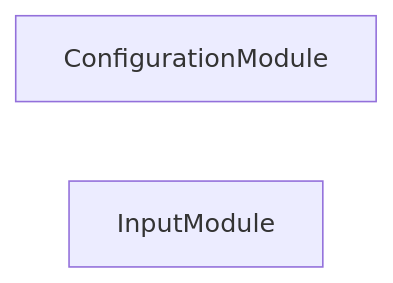
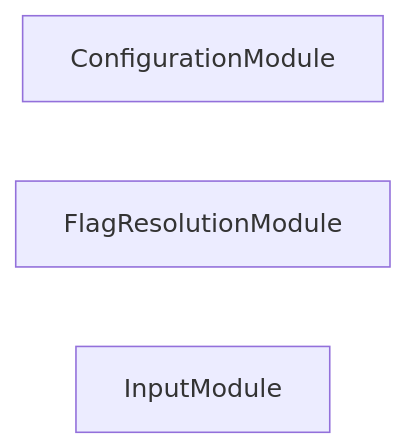
The second of 3 diagrams in packages/callidescope-configuration/README.md (JimmyPaolini/codebase), drawn with Mermaid before and after one commit. The commit also changed other lines of this file and 12 other files, not shown here.

````diff
--- a/packages/callidescope-configuration/README.md
+++ b/packages/callidescope-configuration/README.md
@@ -696,5 +696,6 @@
 ```mermaid
 flowchart LR
   ConfigurationModule
+  FlagResolutionModule
   InputModule
 ```
````
